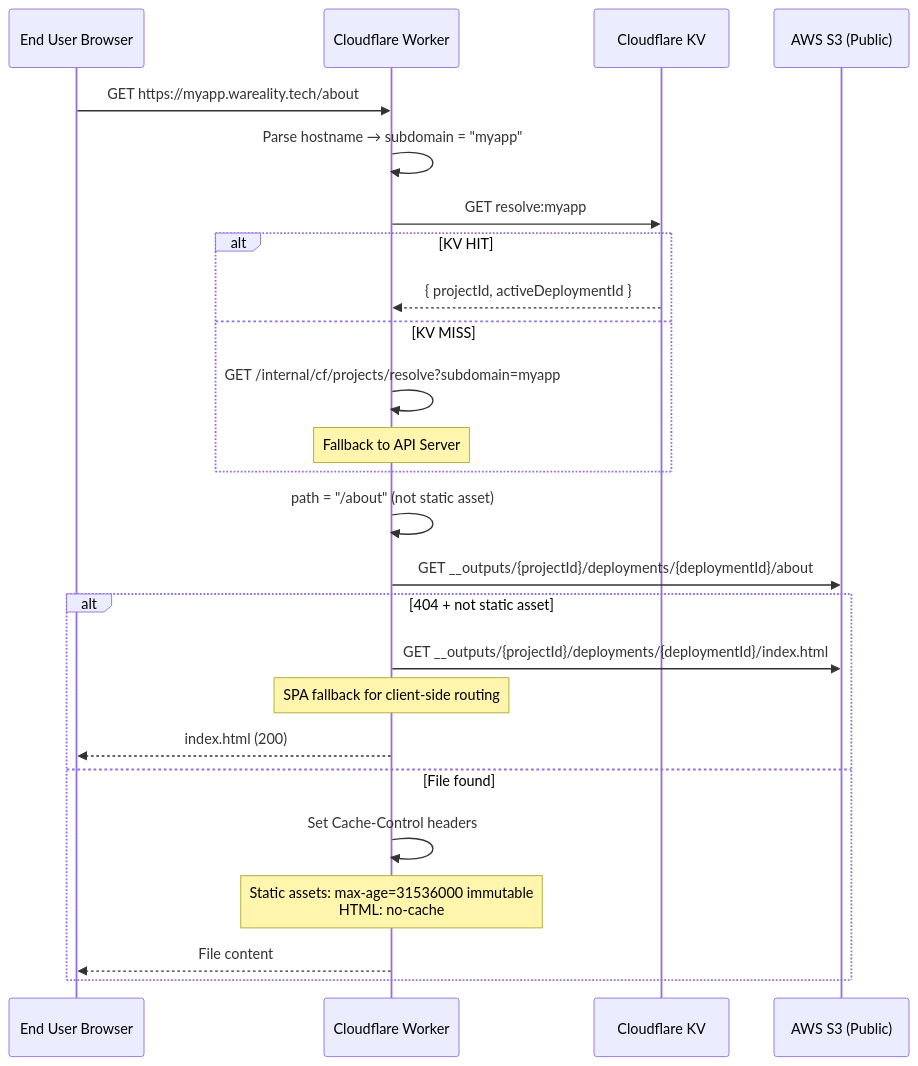
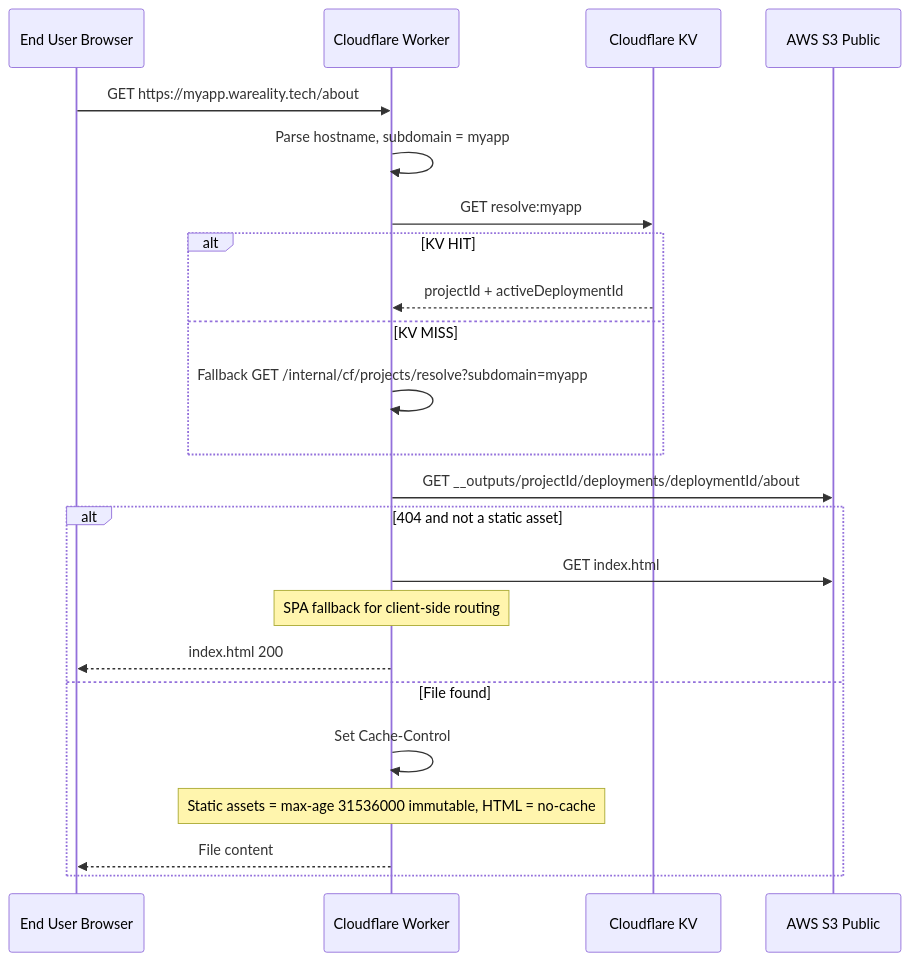
The sixth of 16 diagrams in README.md (Abdul1028/pushly-frontend), drawn with Mermaid before and after one commit. The commit also changed other lines of this file, not shown here.

Commit message:
(feat):add Custom domain sequence diagram

````diff
--- a/README.md
+++ b/README.md
@@ -235,32 +235,30 @@
 ```mermaid
 sequenceDiagram
     participant USER as End User Browser
     participant CF as Cloudflare Worker
     participant KV as Cloudflare KV
-    participant S3 as AWS S3 (Public)
+    participant S3 as AWS S3 Public
 
     USER->>CF: GET https://myapp.wareality.tech/about
 
-    CF->>CF: Parse hostname → subdomain = "myapp"
+    CF->>CF: Parse hostname, subdomain = myapp
 
     CF->>KV: GET resolve:myapp
     alt KV HIT
-        KV-->>CF: { projectId, activeDeploymentId }
+        KV-->>CF: projectId + activeDeploymentId
     else KV MISS
-        CF->>CF: GET /internal/cf/projects/resolve?subdomain=myapp
-        Note over CF: Fallback to API Server
+        CF->>CF: Fallback GET /internal/cf/projects/resolve?subdomain=myapp
     end
 
-    CF->>CF: path = "/about" (not static asset)
-    CF->>S3: GET __outputs/{projectId}/deployments/{deploymentId}/about
+    CF->>S3: GET __outputs/projectId/deployments/deploymentId/about
 
-    alt 404 + not static asset
-        CF->>S3: GET __outputs/{projectId}/deployments/{deploymentId}/index.html
+    alt 404 and not a static asset
+        CF->>S3: GET index.html
         Note over CF: SPA fallback for client-side routing
-        CF-->>USER: index.html (200)
+        CF-->>USER: index.html 200
     else File found
-        CF->>CF: Set Cache-Control headers
-        Note over CF: Static assets: max-age=31536000 immutable<br/>HTML: no-cache
+        CF->>CF: Set Cache-Control
+        Note over CF: Static assets = max-age 31536000 immutable, HTML = no-cache
         CF-->>USER: File content
     end
 ```
````
